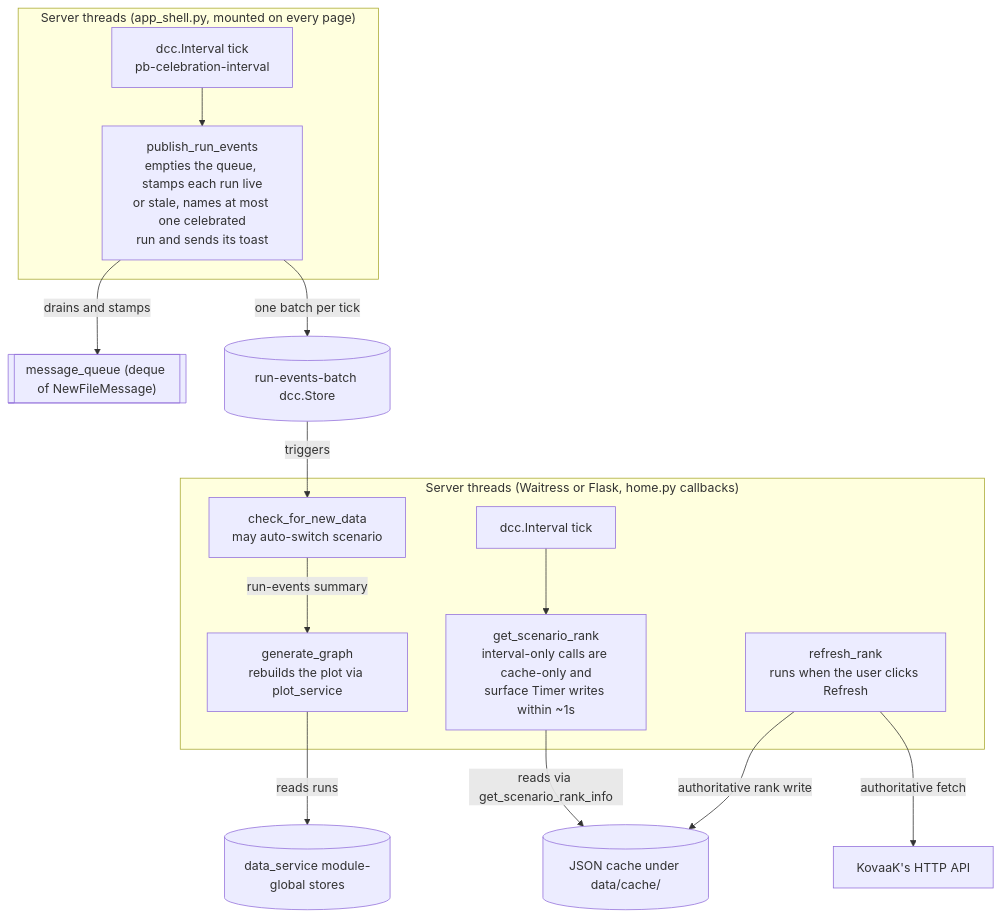
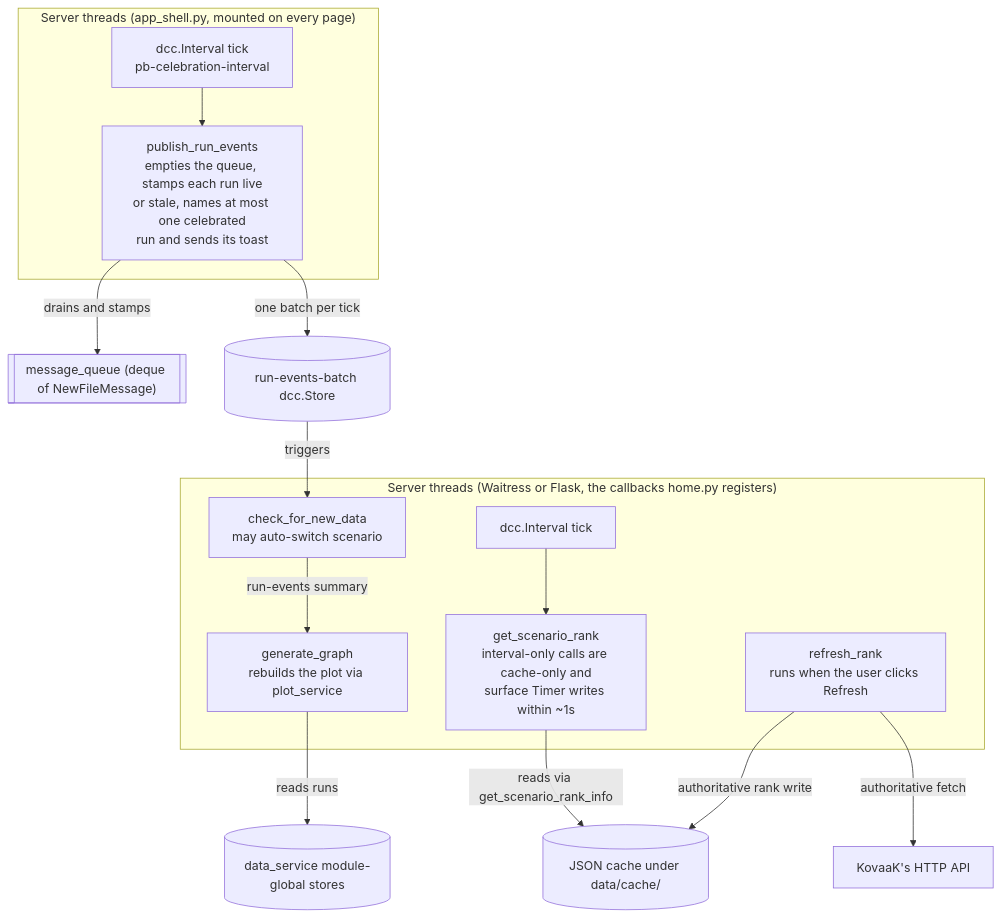
Before and after one commit to MingoDynasty/Corporate-Serf-Dashboard: the second of 3 diagrams in docs/architecture.md, drawn with Mermaid. The commit also changed other lines of this file, not shown here.

First line of the commit message:
docs: put components/scenario_stats.py on the architecture map

````diff
--- a/docs/architecture.md
+++ b/docs/architecture.md
@@ -74,32 +74,32 @@
 ```mermaid
 flowchart TD
     subgraph Shell["Server threads (app_shell.py, mounted on every page)"]
         ShellTick["dcc.Interval tick<br/>pb-celebration-interval"]
         Drain["publish_run_events<br/>empties the queue, stamps each run live<br/>or stale, names at most one celebrated<br/>run and sends its toast"]
         ShellTick --> Drain
     end
 
-    subgraph Server["Server threads (Waitress or Flask, home.py callbacks)"]
+    subgraph Server["Server threads (Waitress or Flask, the callbacks home.py registers)"]
         Tick["dcc.Interval tick"]
         Check["check_for_new_data<br/>may auto-switch scenario"]
         Graph["generate_graph<br/>rebuilds the plot via plot_service"]
         Rank["get_scenario_rank<br/>interval-only calls are cache-only and<br/>surface Timer writes within ~1s"]
         Refresh["refresh_rank<br/>runs when the user clicks Refresh"]
         Check -->|"run-events summary"| Graph
         Tick --> Rank
     end
 
     Queue[["message_queue (deque of NewFileMessage)"]]
     Batch[("run-events-batch dcc.Store")]
     Stores[("data_service module-global stores")]
     Cache[("JSON cache under data/cache/")]
     API["KovaaK's HTTP API"]
 
     Drain -->|"drains and stamps"| Queue
     Drain -->|"one batch per tick"| Batch
     Batch -->|"triggers"| Check
     Graph -->|"reads runs"| Stores
     Rank -->|"reads via get_scenario_rank_info"| Cache
     Refresh -->|"authoritative fetch"| API
     Refresh -->|"authoritative rank write"| Cache
 ```
````
